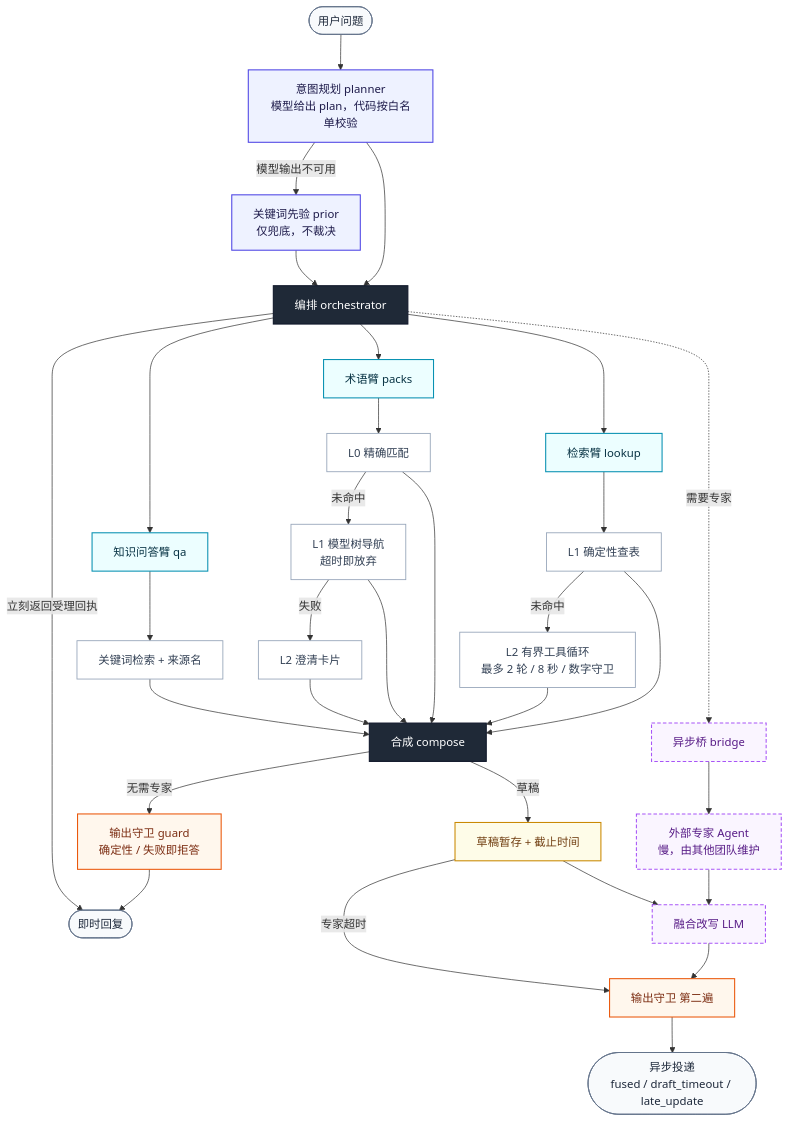
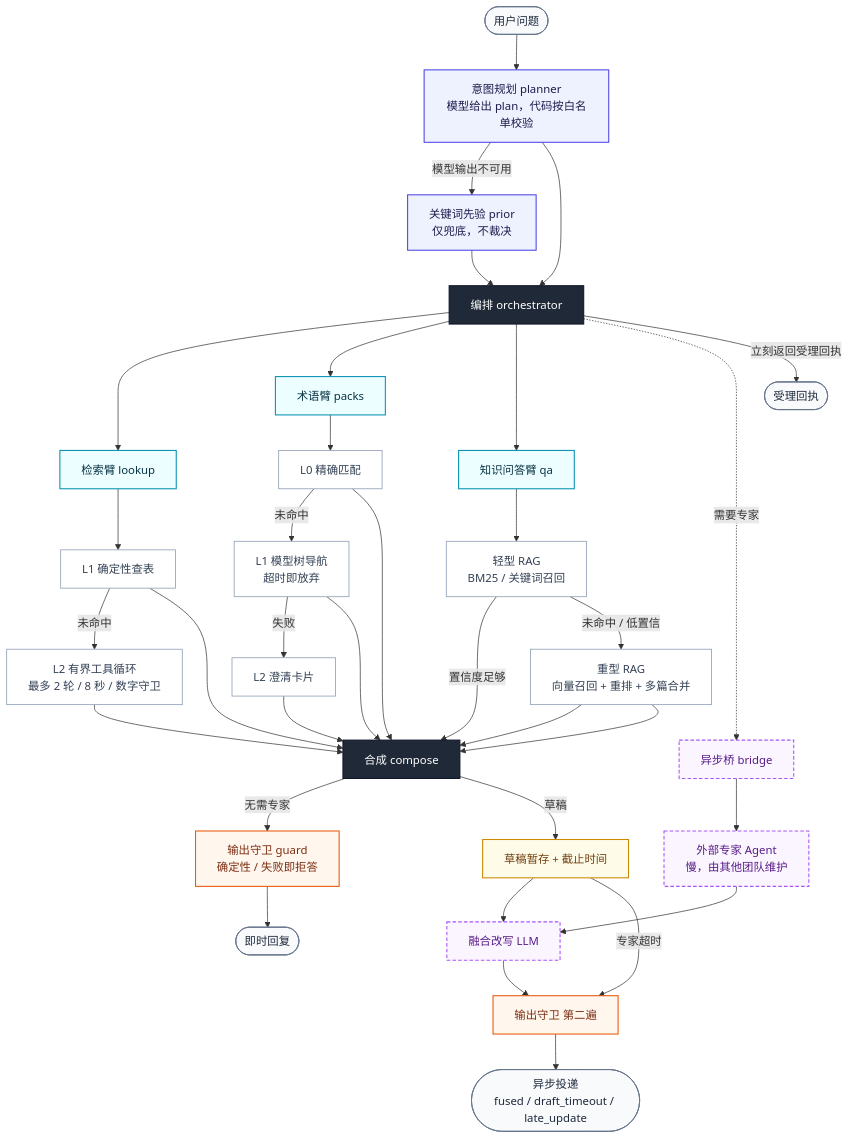
The diagram in docs/architecture.md (Losehope/agent-architecture-portfolio), drawn with Mermaid before and after one commit. The commit also changed other lines of this file and 4 other files, not shown here.

````diff
--- a/docs/architecture.md
+++ b/docs/architecture.md
@@ -11,56 +11,59 @@
 ```mermaid
 flowchart TD
     U([用户问题]) --> P[意图规划 planner<br/>模型给出 plan，代码按白名单校验]
     P -->|模型输出不可用| K[关键词先验 prior<br/>仅兜底，不裁决]
     P --> O[编排 orchestrator]
     K --> O
 
     O --> L[检索臂 lookup]
     O --> W[术语臂 packs]
     O --> Q[知识问答臂 qa]
     O -.需要专家.-> B[异步桥 bridge]
 
     L --> L1[L1 确定性查表]
     L1 -->|未命中| L2[L2 有界工具循环<br/>最多 2 轮 / 8 秒 / 数字守卫]
     W --> W0[L0 精确匹配]
     W0 -->|未命中| W1[L1 模型树导航<br/>超时即放弃]
     W1 -->|失败| W2[L2 澄清卡片]
-    Q --> R[关键词检索 + 来源名]
+    Q --> R0[轻型 RAG<br/>BM25 / 关键词召回]
+    R0 -->|置信度足够| C
+    R0 -->|未命中 / 低置信| R1[重型 RAG<br/>向量召回 + 重排 + 多篇合并]
+    R1 --> C
 
     L1 --> C[合成 compose]
     L2 --> C
     W0 --> C
     W1 --> C
     W2 --> C
-    R --> C
+    R1 --> C
 
     C -->|无需专家| G[输出守卫 guard<br/>确定性 / 失败即拒答]
     G --> A([即时回复])
 
     C -->|草稿| H[草稿暂存 + 截止时间]
     B --> S[外部专家 Agent<br/>慢，由其他团队维护]
-    O -->|立刻返回受理回执| A
+    O -->|立刻返回受理回执| A0([受理回执])
     S --> F[融合改写 LLM]
     H --> F
+    H -->|专家超时| G2
     F --> G2[输出守卫 第二遍]
-    H -->|专家超时| G2
     G2 --> D([异步投递<br/>fused / draft_timeout / late_update])
 
     classDef model fill:#eef2ff,stroke:#4f46e5,stroke-width:1.5px,color:#1e1b4b;
     classDef core  fill:#1f2937,stroke:#0f172a,stroke-width:1.5px,color:#ffffff;
     classDef arm   fill:#ecfeff,stroke:#0891b2,stroke-width:1.5px,color:#083344;
     classDef level fill:#ffffff,stroke:#94a3b8,stroke-width:1.2px,color:#334155;
     classDef guard fill:#fff7ed,stroke:#ea580c,stroke-width:1.5px,color:#7c2d12;
     classDef draft fill:#fefce8,stroke:#ca8a04,stroke-width:1.5px,color:#713f12;
     classDef ext   fill:#faf5ff,stroke:#a855f7,stroke-width:1.5px,stroke-dasharray:5 3,color:#581c87;
     classDef io    fill:#f8fafc,stroke:#64748b,stroke-width:1.2px,color:#1e293b;
 
-    class U,A,D io;
+    class U,A,A0,D io;
     class P,K model;
     class O,C core;
     class L,W,Q arm;
-    class L1,L2,W0,W1,W2,R level;
+    class L1,L2,W0,W1,W2,R0,R1 level;
     class G,G2 guard;
     class H draft;
     class B,S,F ext;
 ```
````
